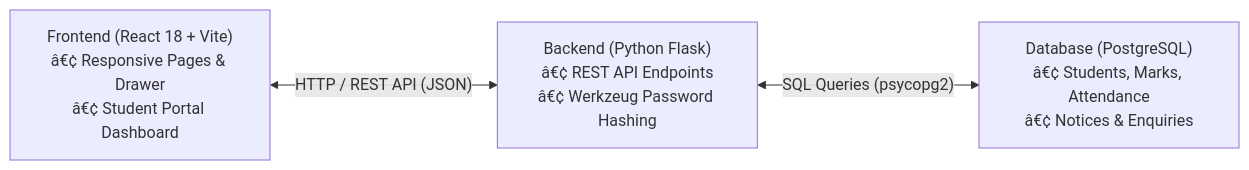
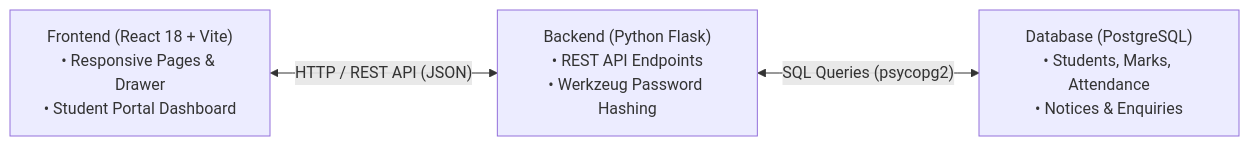
Before and after one commit to AyushSrivastava1818/WebDev-Project-1043-1048-: the first of 3 diagrams in README.md, drawn with Mermaid. The commit also changed other lines of this file, not shown here.

````diff
--- a/README.md
+++ b/README.md
@@ -33,5 +33,5 @@
 ```mermaid
 flowchart LR
-    A["Frontend (React 18 + Vite)<br/>â€¢ Responsive Pages & Drawer<br/>â€¢ Student Portal Dashboard"] <--> |"HTTP / REST API (JSON)"| B["Backend (Python Flask)<br/>â€¢ REST API Endpoints<br/>â€¢ Werkzeug Password Hashing"]
-    B <--> |"SQL Queries (psycopg2)"| C["Database (PostgreSQL)<br/>â€¢ Students, Marks, Attendance<br/>â€¢ Notices & Enquiries"]
+    A["Frontend (React 18 + Vite)<br/>• Responsive Pages & Drawer<br/>• Student Portal Dashboard"] <--> |"HTTP / REST API (JSON)"| B["Backend (Python Flask)<br/>• REST API Endpoints<br/>• Werkzeug Password Hashing"]
+    B <--> |"SQL Queries (psycopg2)"| C["Database (PostgreSQL)<br/>• Students, Marks, Attendance<br/>• Notices & Enquiries"]
 ```
````
